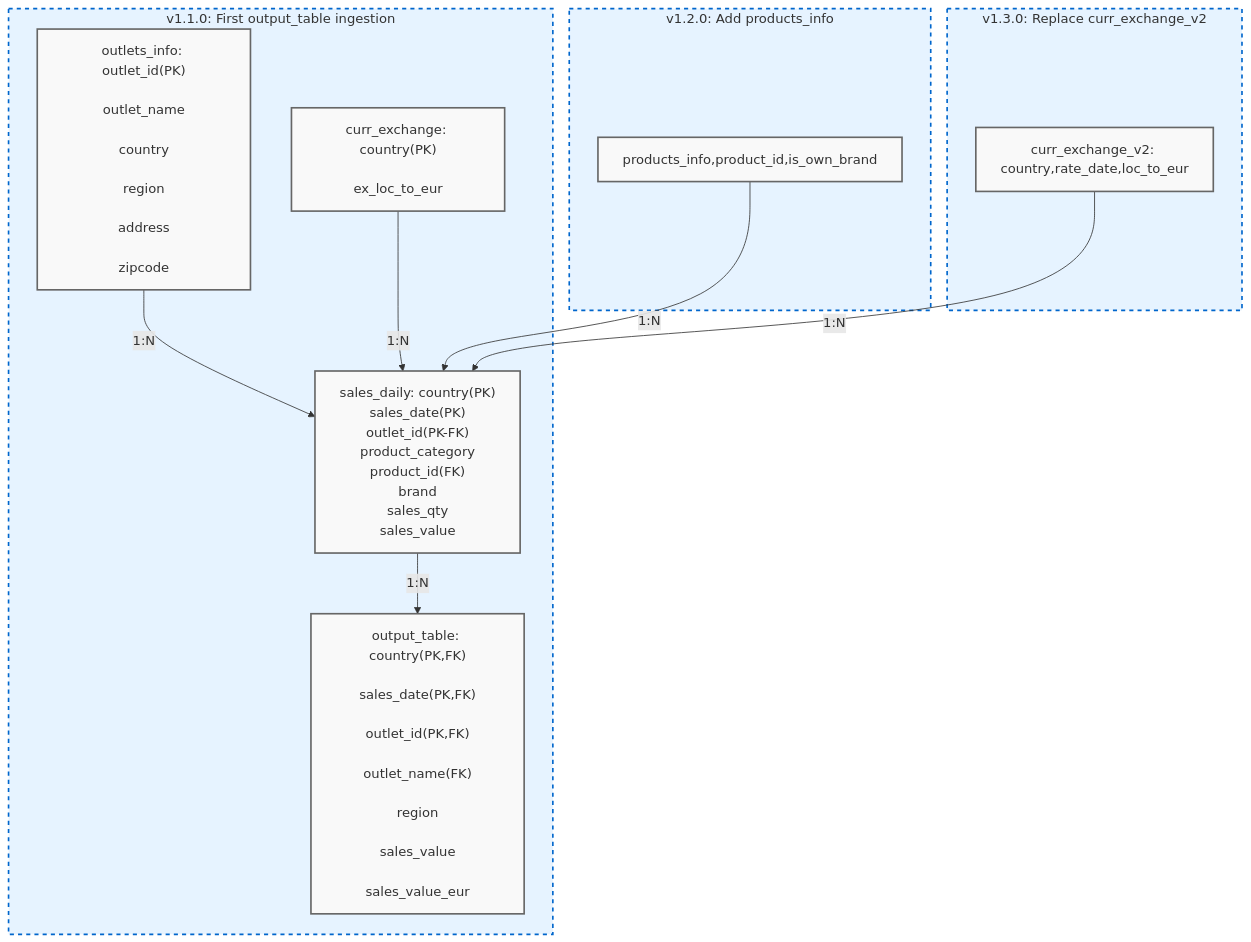
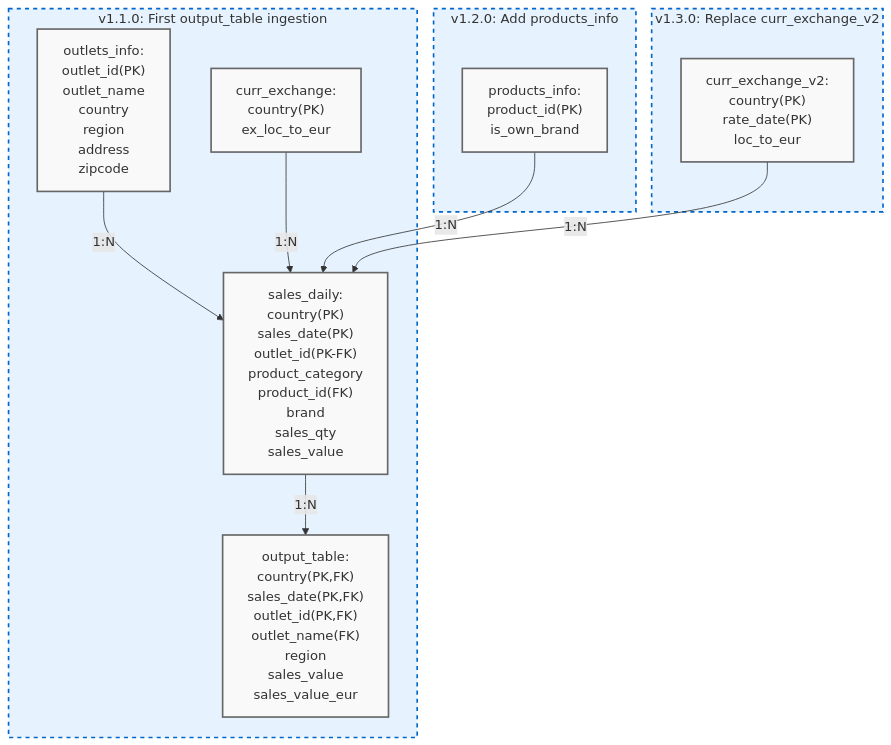
One commit to juanjoiie/Quality-Engineer-Test changed the diagram in test.md. Above: the diagram before and after it, drawn with Mermaid.

````diff
--- a/test.md
+++ b/test.md
@@ -4,52 +4,61 @@
 ```mermaid
 %% MermaidJS Diagram (renders in Markdown-compatible tools)
 flowchart TD
     %% ===== v1.1.0 =====
     subgraph v1_1_0["v1.1.0: First output_table ingestion"]
-        outlets_info["outlets_info: outlet_id(PK)
+        outlets_info["outlets_info:
+                                    outlet_id(PK)
                                     outlet_name
                                     country
                                     region
                                     address
                                     zipcode"]
-        curr_exchange["curr_exchange: country(PK)
+        curr_exchange["curr_exchange:
+                                      country(PK)
                                       ex_loc_to_eur"]
-        sales_daily["sales_daily: country(PK)
+        sales_daily["sales_daily:
+                                  country(PK)
                                   sales_date(PK)
                                   outlet_id(PK-FK)
                                   product_category
                                   product_id(FK)
                                   brand
                                   sales_qty
                                   sales_value"]
-        output_table["output_table: country(PK,FK)
+        output_table["output_table:
+                                    country(PK,FK)
                                     sales_date(PK,FK)
                                     outlet_id(PK,FK)
                                     outlet_name(FK)
                                     region
                                     sales_value
                                     sales_value_eur"]
 
         outlets_info -->|1:N| sales_daily
         curr_exchange -->|1:N| sales_daily
         sales_daily -->|1:N| output_table
     end
 
     %% ===== v1.2.0 =====
     subgraph v1_2_0["v1.2.0: Add products_info"]
-        products_info["products_info,product_id,is_own_brand"]
+        products_info["products_info:
+                                      product_id(PK)
+                                      is_own_brand"]
         products_info -->|1:N| sales_daily
     end
 
     %% ===== v1.3.0 =====
     subgraph v1_3_0["v1.3.0: Replace curr_exchange_v2"]
-        curr_exchange_v2["curr_exchange_v2: country,rate_date,loc_to_eur"]
+        curr_exchange_v2["curr_exchange_v2:
+                                            country(PK)
+                                            rate_date(PK)
+                                            loc_to_eur"]
         curr_exchange_v2 -->|1:N| sales_daily
     end
 
     %% Styling
     classDef entity fill:#f9f9f9,stroke:#666,stroke-width:2px;
     classDef version fill:#e6f3ff,stroke:#0066cc,stroke-width:2px,stroke-dasharray:5;
     class outlets_info,curr_exchange,sales_daily,output_table,products_info,curr_exchange_v2 entity;
     class v1_1_0,v1_2_0,v1_3_0 version;
 ```
````
